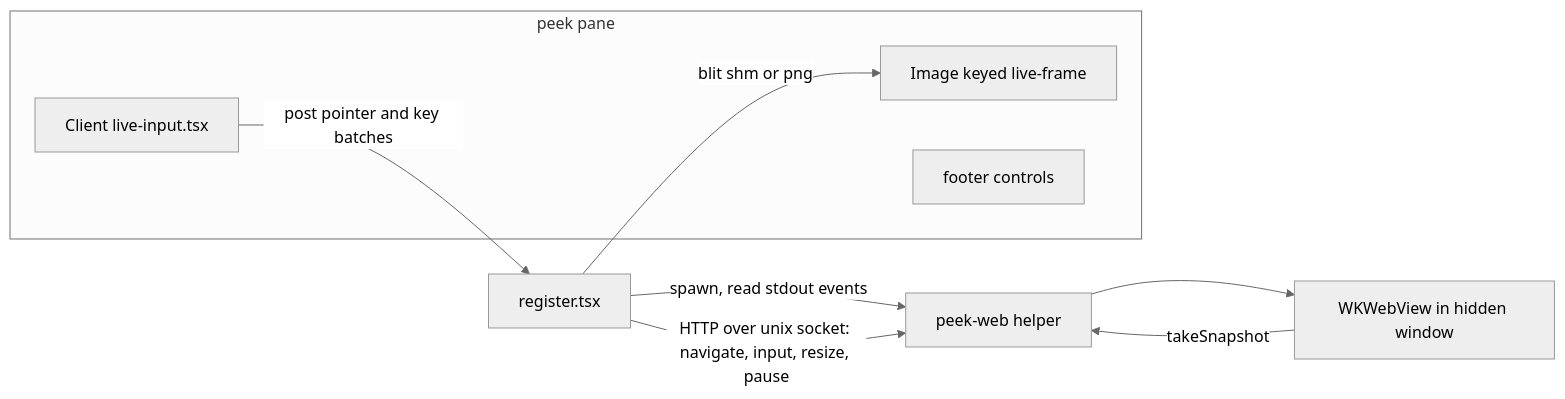
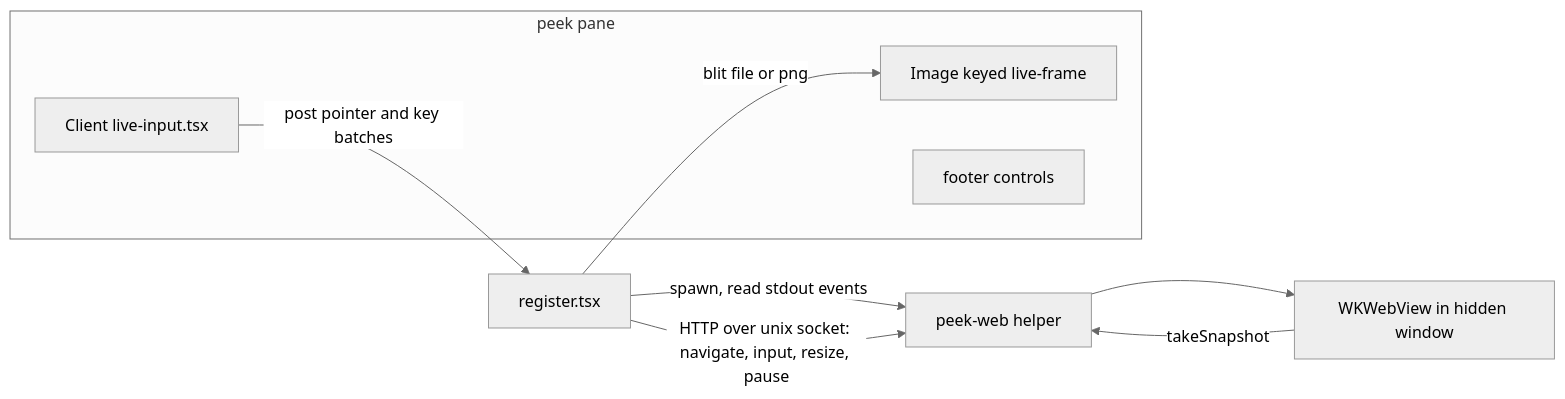
The first of 4 diagrams in docs/plans/2026-10-09-1605-feat-peek-live-browser-plan.md (shawnroos/shrimpshack), drawn with Mermaid (neutral theme) before and after one commit. The commit also changed other lines of this file, not shown here.

````diff
--- a/docs/plans/2026-10-09-1605-feat-peek-live-browser-plan.md
+++ b/docs/plans/2026-10-09-1605-feat-peek-live-browser-plan.md
@@ -129,14 +129,14 @@
 ```mermaid
 flowchart LR
   subgraph Pane[peek pane]
     I[Image keyed live-frame]
     K[Client live-input.tsx]
     F[footer controls]
   end
-  R[register.tsx] -- blit shm or png --> I
+  R[register.tsx] -- blit file or png --> I
   K -- post pointer and key batches --> R
   R -- spawn, read stdout events --> H[peek-web helper]
   R -- HTTP over unix socket: navigate, input, resize, pause --> H
   H --> W[WKWebView in hidden window]
   W -- takeSnapshot --> H
 ```
````
